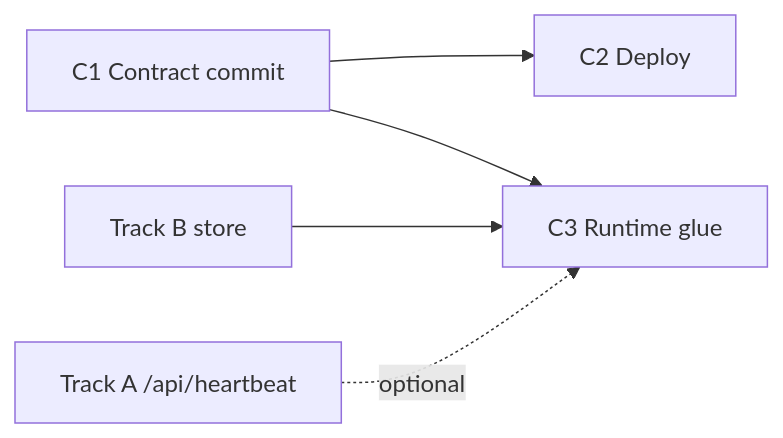
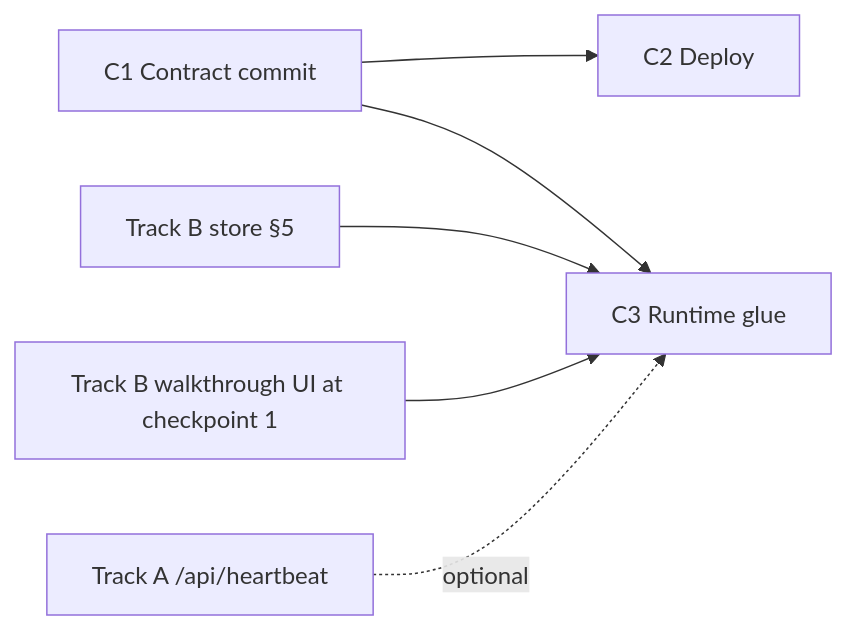
One commit to aintnorest/thought-partners changed the second of 2 diagrams in docs/features/glue-and-deploy/system-design.md. Above: the diagram before and after it, drawn with Mermaid. The commit also changed other lines of this file and 33 other files, not shown here.

````diff
--- a/docs/features/glue-and-deploy/system-design.md
+++ b/docs/features/glue-and-deploy/system-design.md
@@ -143,7 +162,8 @@
 ```mermaid
 flowchart LR
   C1[C1 Contract commit] --> C2[C2 Deploy]
   C1 --> C3[C3 Runtime glue]
-  B[Track B store] --> C3
+  Bstore[Track B store §5] --> C3
+  Bui[Track B walkthrough UI at checkpoint 1] --> C3
   A[Track A /api/heartbeat] -.optional.-> C3
 ```
````
